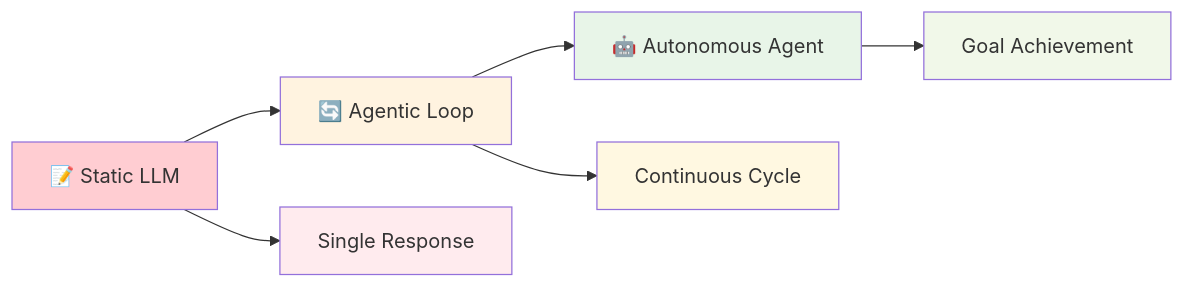
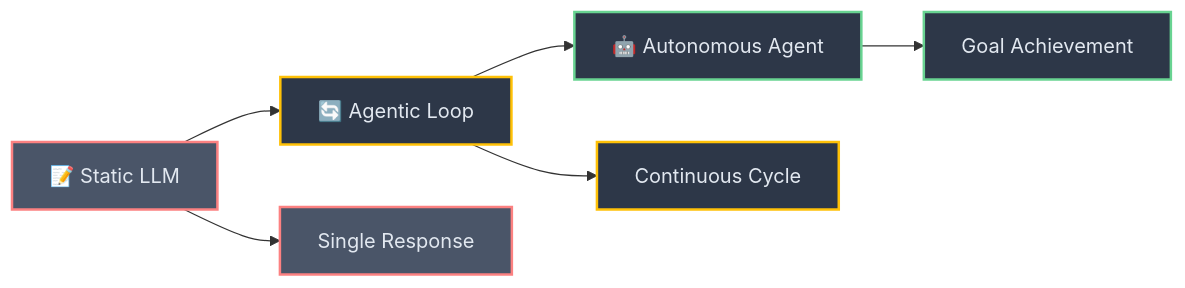
One commit to josemlopez/prompt_tutorial changed the sixth of 6 diagrams in Part_II_Section_4_From_Instruction_to_Autonomous_System.md. Above: the diagram before and after it, drawn with Mermaid. The commit also changed other lines of this file and 7 other files, not shown here.

````diff
--- a/Part_II_Section_4_From_Instruction_to_Autonomous_System.md
+++ b/Part_II_Section_4_From_Instruction_to_Autonomous_System.md
@@ -246,16 +254,16 @@
 ```mermaid
 graph LR
-    A[📝 Static LLM] --> B[🔄 Agentic Loop]
-    B --> C[🤖 Autonomous Agent]
-    
-    A --> D[Single Response]
-    B --> E[Continuous Cycle]
-    C --> F[Goal Achievement]
-    
-    style A fill:#ffcdd2
-    style B fill:#fff3e0
-    style C fill:#e8f5e8
-    style D fill:#ffebee
-    style E fill:#fff8e1
-    style F fill:#f1f8e9
+   A[📝 Static LLM] --> B[🔄 Agentic Loop]
+   B --> C[🤖 Autonomous Agent]
+   
+   A --> D[Single Response]
+   B --> E[Continuous Cycle]
+   C --> F[Goal Achievement]
+   
+   style A fill:#4a5568,stroke:#fc8181,stroke-width:2px,color:#e2e8f0
+   style B fill:#2d3748,stroke:#ffc107,stroke-width:2px,color:#e2e8f0
+   style C fill:#2d3748,stroke:#68d391,stroke-width:2px,color:#e2e8f0
+   style D fill:#4a5568,stroke:#fc8181,stroke-width:2px,color:#e2e8f0
+   style E fill:#2d3748,stroke:#ffc107,stroke-width:2px,color:#e2e8f0
+   style F fill:#2d3748,stroke:#68d391,stroke-width:2px,color:#e2e8f0
 ```
````
